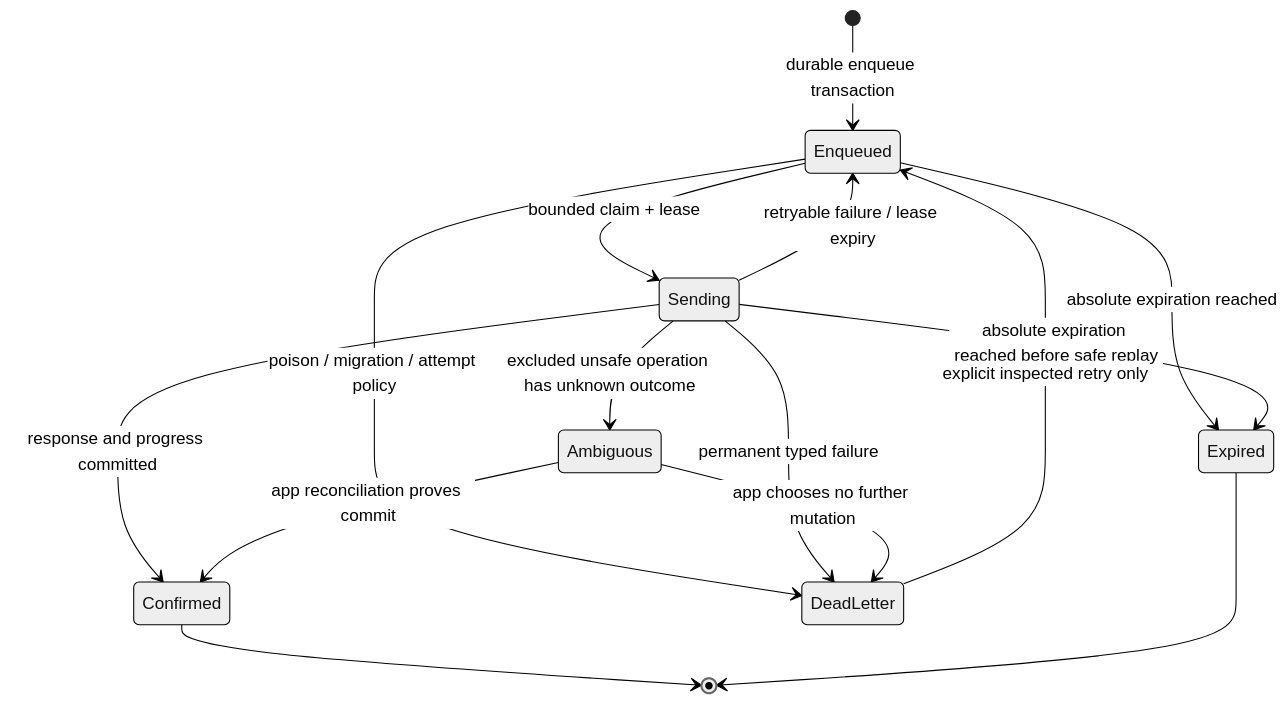
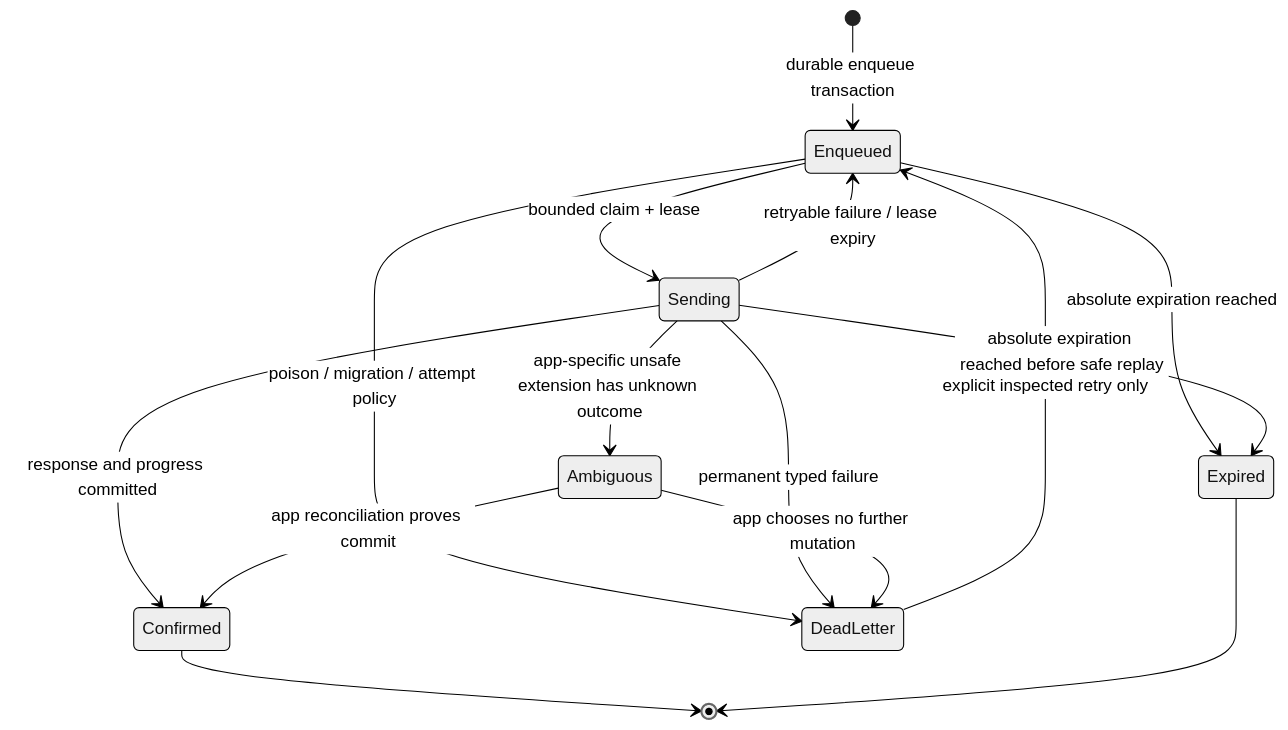
The diagram in docs/decisions/0002-dart-offline-repository-contract.md (anaregdesign/lantern), drawn with Mermaid (neutral theme) before and after one commit. The commit also changed other lines of this file and 1 other file, not shown here.

````diff
--- a/docs/decisions/0002-dart-offline-repository-contract.md
+++ b/docs/decisions/0002-dart-offline-repository-contract.md
@@ -179,17 +224,17 @@
 ```mermaid
 stateDiagram-v2
     [*] --> Enqueued: durable enqueue transaction
     Enqueued --> Sending: bounded claim + lease
     Sending --> Confirmed: response and progress committed
     Sending --> Enqueued: retryable failure / lease expiry
-    Sending --> Ambiguous: excluded unsafe operation has unknown outcome
+    Sending --> Ambiguous: app-specific unsafe extension has unknown outcome
     Enqueued --> Expired: absolute expiration reached
     Sending --> Expired: absolute expiration reached before safe replay
     Enqueued --> DeadLetter: poison / migration / attempt policy
     Sending --> DeadLetter: permanent typed failure
     Ambiguous --> Confirmed: app reconciliation proves commit
     Ambiguous --> DeadLetter: app chooses no further mutation
     DeadLetter --> Enqueued: explicit inspected retry only
     Confirmed --> [*]
     Expired --> [*]
 ```
````
